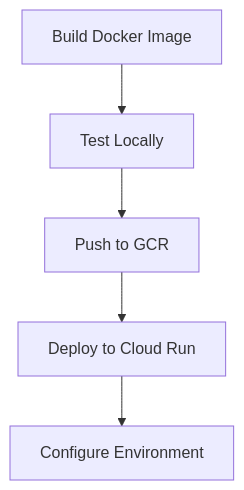
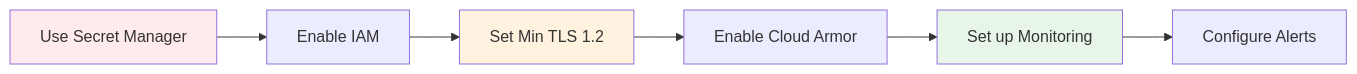
One commit to Yash-Kavaiya/stock-market-ai-agent changed the sixth of 9 diagrams in README.md. Above: the diagram before and after it, drawn with Mermaid. The commit also changed other lines of this file, not shown here.

Commit message:
Create comprehensive README with Mermaid diagrams and tables

````diff
--- a/README.md
+++ b/README.md
@@ -61,7 +328,12 @@
 ```mermaid
-graph TD
-    A[Build Docker Image] --> B[Test Locally]
-    B --> C[Push to GCR]
-    C --> D[Deploy to Cloud Run]
-    D --> E[Configure Environment]
+graph LR
+    A[Use Secret Manager] --> B[Enable IAM]
+    B --> C[Set Min TLS 1.2]
+    C --> D[Enable Cloud Armor]
+    D --> E[Set up Monitoring]
+    E --> F[Configure Alerts]
+    
+    style A fill:#ffebee
+    style C fill:#fff3e0
+    style E fill:#e8f5e9
 ```
````
